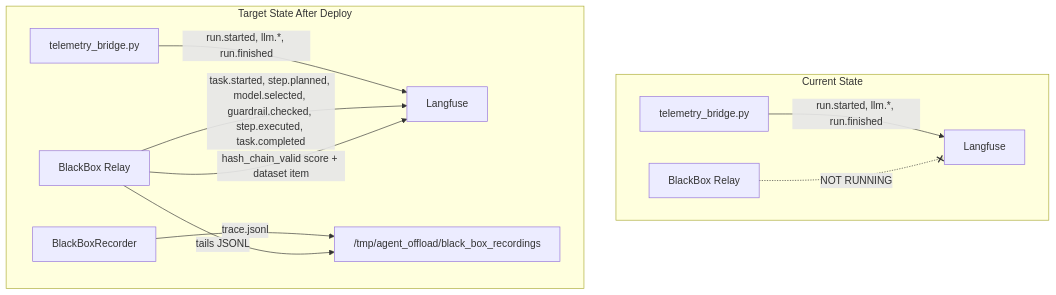
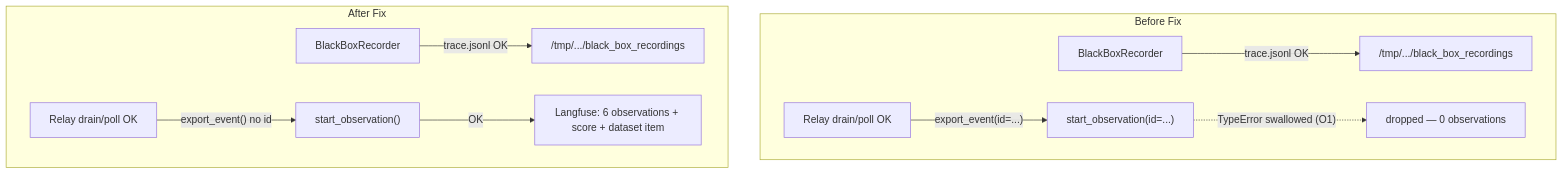
Before and after one commit to rajnishkhatri/AgentsFramework: the diagram in docs/plans/fix_s1_blackbox_relay.plan.md, drawn with Mermaid. The commit also changed other lines of this file and 54 other files, not shown here.

First line of the commit message:
feat(agent): goal judge, no-progress stop, SearXNG search, Langfuse telemetry

````diff
--- a/docs/plans/fix_s1_blackbox_relay.plan.md
+++ b/docs/plans/fix_s1_blackbox_relay.plan.md
@@ -29,15 +63,13 @@
 ```mermaid
 flowchart TB
-    subgraph currentState [Current State]
-        Bridge["telemetry_bridge.py"] -->|"run.started, llm.*, run.finished"| LF["Langfuse"]
-        Relay["BlackBox Relay"] -.-x|"NOT RUNNING"| LF
+    subgraph before [Before Fix]
+        R1["BlackBoxRecorder"] -->|"trace.jsonl OK"| T1["/tmp/.../black_box_recordings"]
+        Relay1["Relay drain/poll OK"] -->|"export_event(id=...)"| X1["start_observation(id=...)"]
+        X1 -.->|"TypeError swallowed (O1)"| Drop["dropped — 0 observations"]
     end
-
-    subgraph targetState [Target State After Deploy]
-        Bridge2["telemetry_bridge.py"] -->|"run.started, llm.*, run.finished"| LF2["Langfuse"]
-        Recorder["BlackBoxRecorder"] -->|"trace.jsonl"| Tmpfs["/tmp/agent_offload/black_box_recordings"]
-        Relay2["BlackBox Relay"] -->|"tails JSONL"| Tmpfs
-        Relay2 -->|"task.started, step.planned, model.selected, guardrail.checked, step.executed, task.completed"| LF2
-        Relay2 -->|"hash_chain_valid score + dataset item"| LF2
+    subgraph after [After Fix]
+        R2["BlackBoxRecorder"] -->|"trace.jsonl OK"| T2["/tmp/.../black_box_recordings"]
+        Relay2["Relay drain/poll OK"] -->|"export_event() no id"| X2["start_observation()"]
+        X2 -->|"OK"| LF["Langfuse: 6 observations + score + dataset item"]
     end
 ```
````
